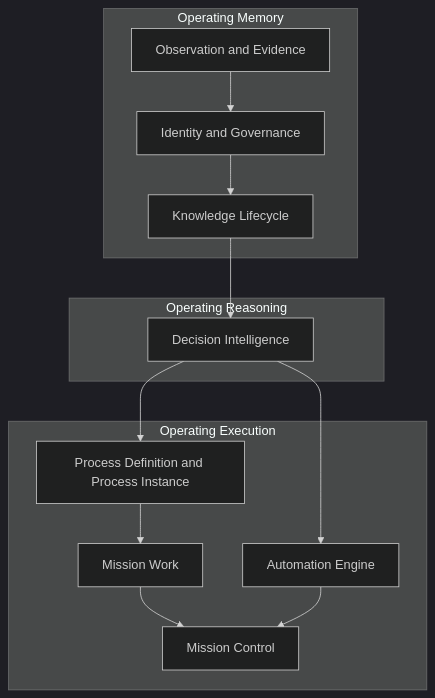
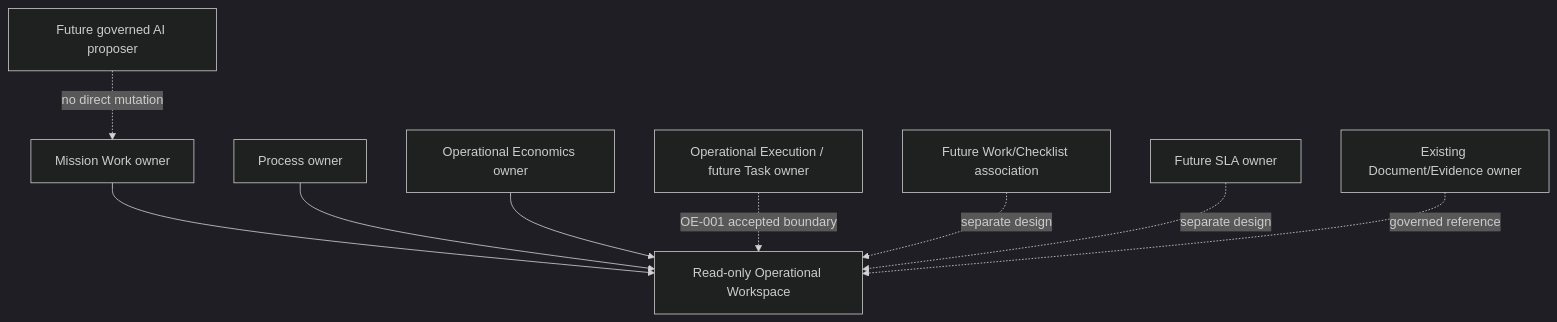
One commit to guillermomdehoyoso-stack/CTO-Office-Yarvis changed the second of 2 diagrams in docs/architecture/YARVIS_TARGET_ARCHITECTURE.md. Above: the diagram before and after it, drawn with Mermaid (dark theme). The commit also changed other lines of this file and 11 other files, not shown here.

Commit message:
OE-001: define operational execution architecture

````diff
--- a/docs/architecture/YARVIS_TARGET_ARCHITECTURE.md
+++ b/docs/architecture/YARVIS_TARGET_ARCHITECTURE.md
@@ -21,21 +18,16 @@
 ```mermaid
 flowchart TB
-    subgraph Memory["Operating Memory"]
-        OE["Observation and Evidence"]
-        Identity["Identity and Governance"]
-        Knowledge["Knowledge Lifecycle"]
-    end
-    subgraph Reasoning["Operating Reasoning"]
-        DI["Decision Intelligence"]
-    end
-    subgraph Execution["Operating Execution"]
-        Process["Process Definition and Process Instance"]
-        Work["Mission Work"]
-        Automation["Automation Engine"]
-        MC["Mission Control"]
-    end
-    OE --> Identity --> Knowledge --> DI --> Process --> Work
-    DI --> Automation
-    Work --> MC
-    Automation --> MC
+    Work["Mission Work owner"]
+    Process["Process owner"]
+    Economics["Operational Economics owner"]
+    Workspace["Read-only Operational Workspace"]
+    Work --> Workspace
+    Process --> Workspace
+    Economics --> Workspace
+
+    Task["Operational Execution / future Task owner"] -. "OE-001 accepted boundary" .-> Workspace
+    Checklist["Future Work/Checklist association"] -. "separate design" .-> Workspace
+    SLA["Future SLA owner"] -. "separate design" .-> Workspace
+    Documents["Existing Document/Evidence owner"] -. "governed reference" .-> Workspace
+    AI["Future governed AI proposer"] -. "no direct mutation" .-> Work
 ```
````
